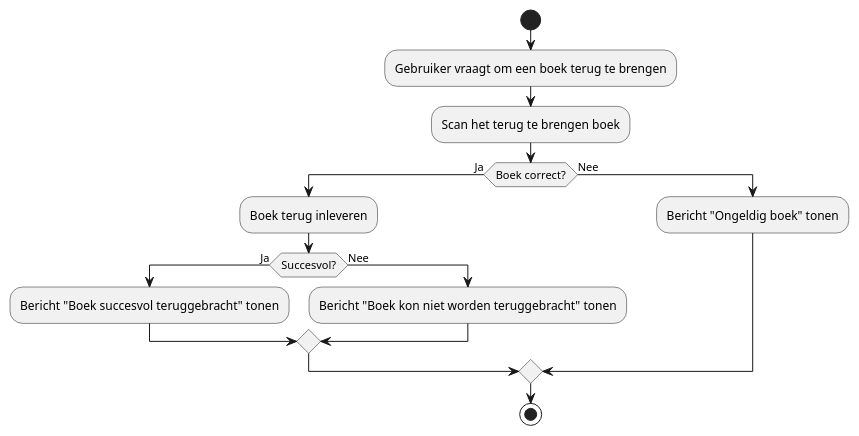
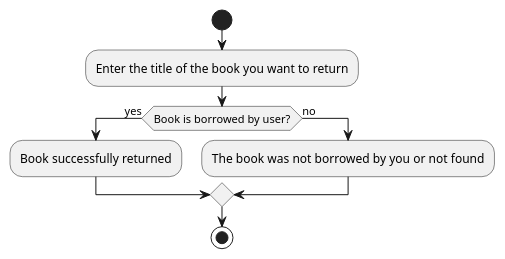
The second of 2 diagrams in src/main/java/AnalysisLibrarySystem/FlowchartUserCases/User/Back_Book.puml (9elmaz9/BibliotheekSysteem), drawn with PlantUML before and after one commit. The commit also changed other lines of this file and 22 other files, not shown here.

```diff
--- a/src/main/java/AnalysisLibrarySystem/FlowchartUserCases/User/Back_Book.puml
+++ b/src/main/java/AnalysisLibrarySystem/FlowchartUserCases/User/Back_Book.puml
@@ -31,16 +20,10 @@
 @startuml
 start
-:Gebruiker vraagt om een boek terug te brengen;
-:Scan het terug te brengen boek;
-if (Boek correct?) then (Ja)
-  :Boek terug inleveren;
-  if (Succesvol?) then (Ja)
-    :Bericht "Boek succesvol teruggebracht" tonen;
-  else (Nee)
-    :Bericht "Boek kon niet worden teruggebracht" tonen;
-  endif
-else (Nee)
-  :Bericht "Ongeldig boek" tonen;
+:Enter the title of the book you want to return;
+if (Book is borrowed by user?) then (yes)
+    :Book successfully returned;
+else (no)
+    :The book was not borrowed by you or not found;
 endif
 stop
 @enduml
```
